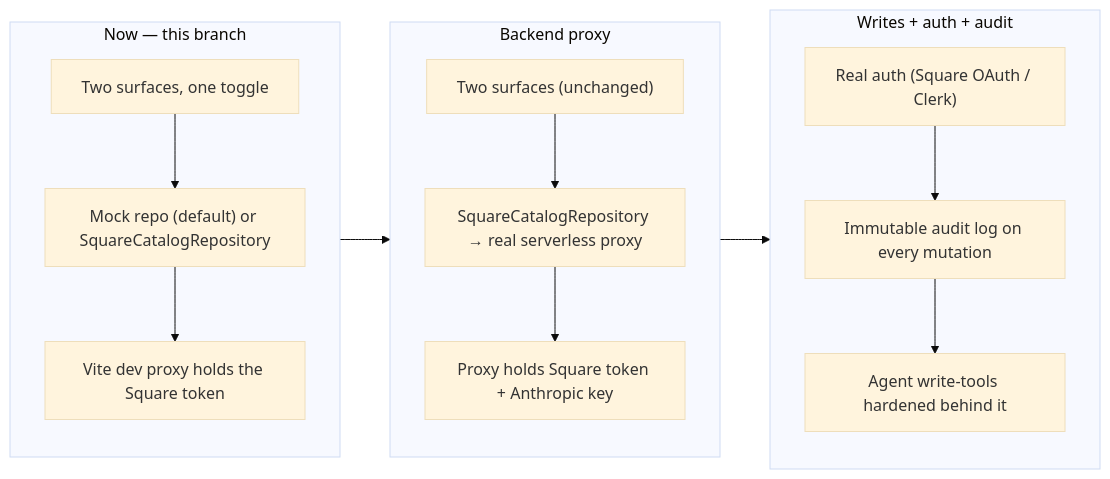
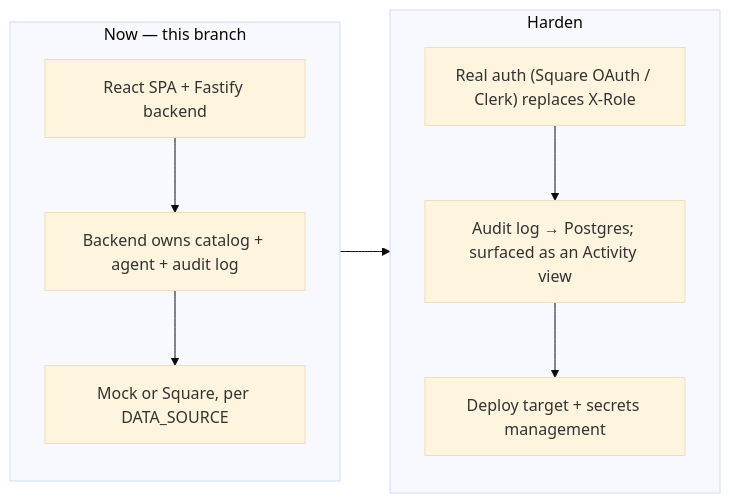
Before and after one commit to daniel-citrus/CapheVietPOS: the fifth of 5 diagrams in ARCHITECTURE.md, drawn with Mermaid (base theme). The commit also changed other lines of this file and 4 other files, not shown here.

````diff
--- a/ARCHITECTURE.md
+++ b/ARCHITECTURE.md
@@ -450,25 +333,18 @@
 ```mermaid
 flowchart LR
   subgraph NOW["Now — this branch"]
     direction TB
-    N1["Two surfaces, one toggle"]
-    N2["Mock repo (default) or SquareCatalogRepository"]
-    N3["Vite dev proxy holds the Square token"]
+    N1["React SPA + Fastify backend"]
+    N2["Backend owns catalog + agent + audit log"]
+    N3["Mock or Square, per DATA_SOURCE"]
     N1 --> N2 --> N3
   end
-  subgraph NEXT["Backend proxy"]
+  subgraph NEXT["Harden"]
     direction TB
-    X1["Two surfaces (unchanged)"]
-    X2["SquareCatalogRepository → real serverless proxy"]
-    X3["Proxy holds Square token + Anthropic key"]
+    X1["Real auth (Square OAuth / Clerk) replaces X-Role"]
+    X2["Audit log → Postgres; surfaced as an Activity view"]
+    X3["Deploy target + secrets management"]
     X1 --> X2 --> X3
   end
-  subgraph HARDEN["Writes + auth + audit"]
-    direction TB
-    H1["Real auth (Square OAuth / Clerk)"]
-    H2["Immutable audit log on every mutation"]
-    H3["Agent write-tools hardened behind it"]
-    H1 --> H2 --> H3
-  end
-  NOW --> NEXT --> HARDEN
+  NOW --> NEXT
 ```
````
